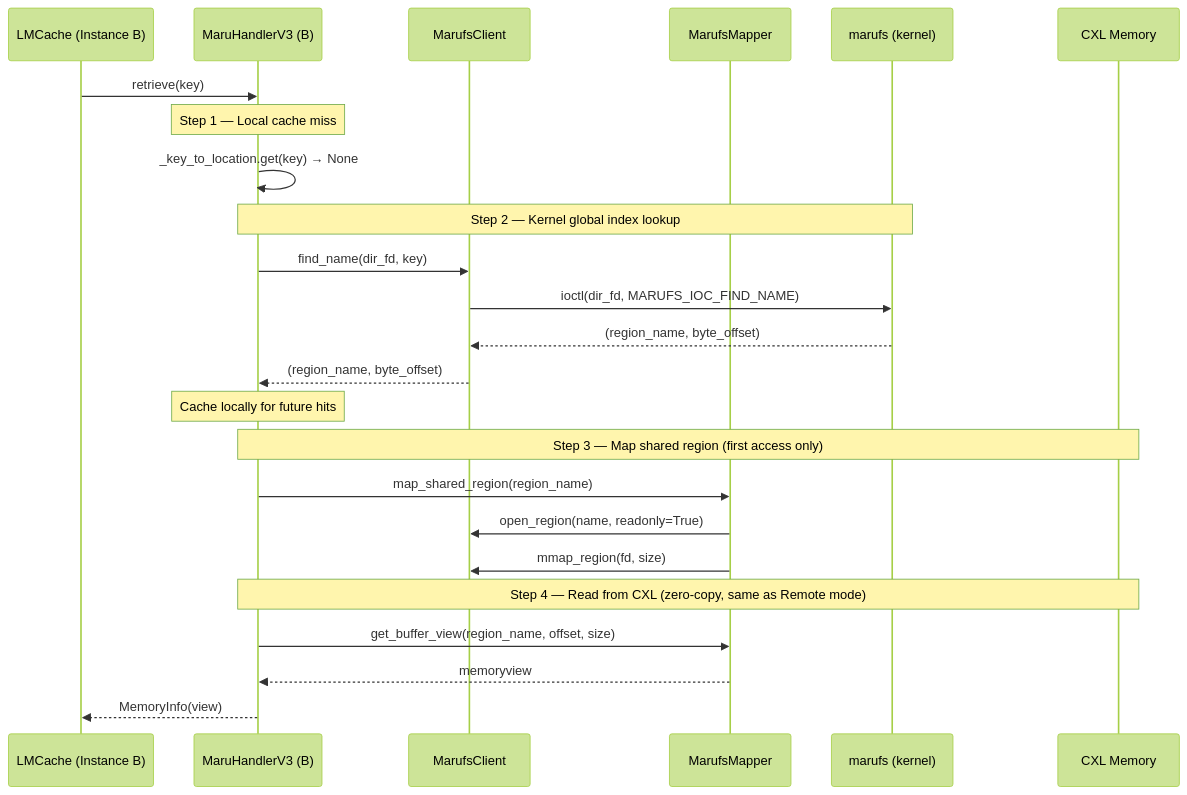
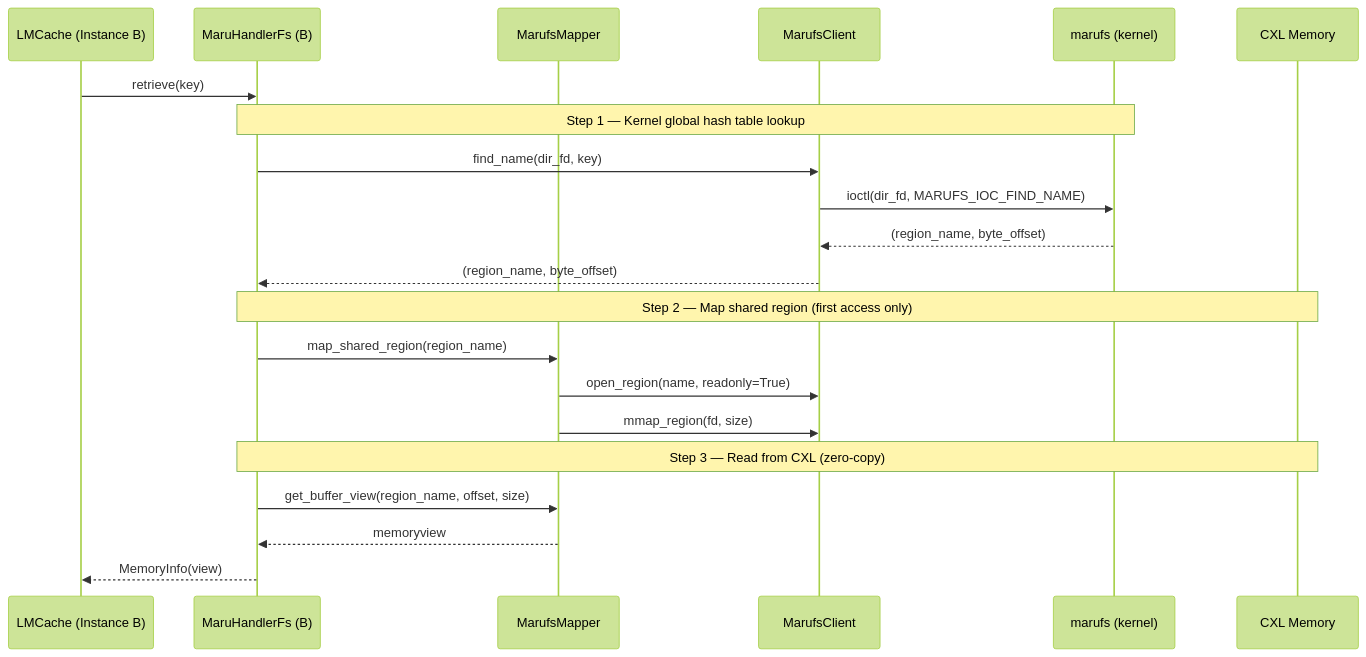
Before and after one commit to xcena-dev/maru: the fifth of 9 diagrams in docs/source/design_doc/maru_fs.md, drawn with Mermaid (forest theme). The commit also changed other lines of this file, not shown here.

Commit message:
docs: update marufs design doc with VFS architecture details

````diff
--- a/docs/source/design_doc/maru_fs.md
+++ b/docs/source/design_doc/maru_fs.md
@@ -123,32 +203,27 @@
 ```mermaid
 sequenceDiagram
     participant C as LMCache (Instance B)
-    participant H as MaruHandlerV3 (B)
+    participant H as MaruHandlerFs (B)
+    participant XM as MarufsMapper
     participant XC as MarufsClient
-    participant XM as MarufsMapper
     participant K as marufs (kernel)
     participant CXL as CXL Memory
 
     C->>H: retrieve(key)
 
-    Note over H: Step 1 — Local cache miss
-    H->>H: _key_to_location.get(key) → None
-
-    Note over H,K: Step 2 — Kernel global index lookup
+    Note over H,K: Step 1 — Kernel global hash table lookup
     H->>XC: find_name(dir_fd, key)
     XC->>K: ioctl(dir_fd, MARUFS_IOC_FIND_NAME)
     K-->>XC: (region_name, byte_offset)
     XC-->>H: (region_name, byte_offset)
 
-    Note over H: Cache locally for future hits
-
-    Note over H,CXL: Step 3 — Map shared region (first access only)
+    Note over H,CXL: Step 2 — Map shared region (first access only)
     H->>XM: map_shared_region(region_name)
     XM->>XC: open_region(name, readonly=True)
     XM->>XC: mmap_region(fd, size)
 
-    Note over H,CXL: Step 4 — Read from CXL (zero-copy, same as Remote mode)
+    Note over H,CXL: Step 3 — Read from CXL (zero-copy)
     H->>XM: get_buffer_view(region_name, offset, size)
     XM-->>H: memoryview
     H-->>C: MemoryInfo(view)
 ```
````
